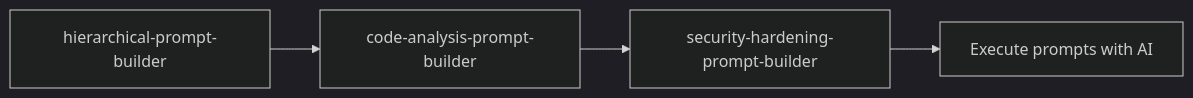
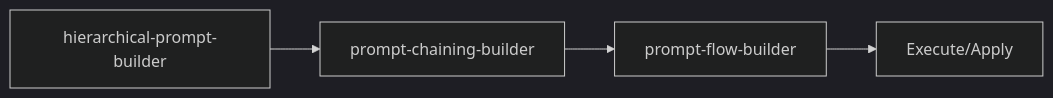
One commit to Anselmoo/mcp-ai-agent-guidelines changed the diagram in docs/tools/hierarchical-prompt-builder.md. Above: the diagram before and after it, drawn with Mermaid (dark theme). The commit also changed other lines of this file and 52 other files, not shown here.

First line of the commit message:
📚 Standardize tool docs using hierarchical-prompt-builder.md as gold standard (#351)

````diff
--- a/docs/tools/hierarchical-prompt-builder.md
+++ b/docs/tools/hierarchical-prompt-builder.md
@@ -299,6 +186,6 @@
 ```mermaid
 graph LR
-  A[hierarchical-prompt-builder] --> B[code-analysis-prompt-builder]
-  B --> C[security-hardening-prompt-builder]
-  C --> D[Execute prompts with AI]
+  A[hierarchical-prompt-builder] --> B[prompt-chaining-builder]
+  B --> C[prompt-flow-builder]
+  C --> D[Execute/Apply]
 ```
````
